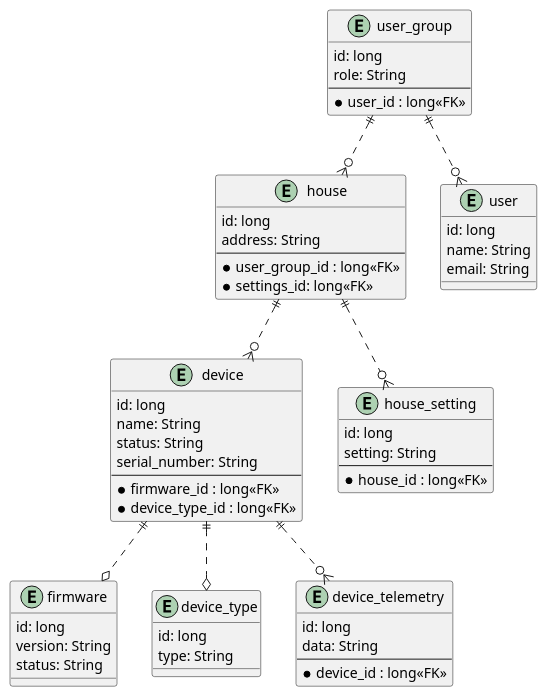
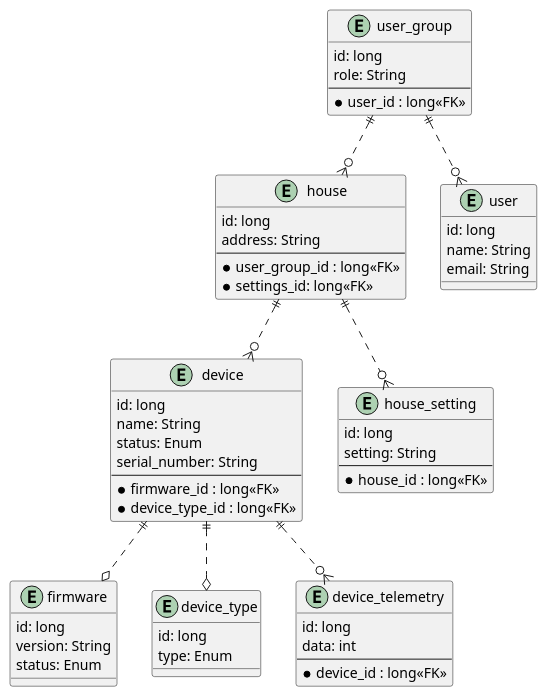
One commit to gushinyakov/architecture-sprint-3 changed the diagram in docs/diagram/er.puml. Above: the diagram before and after it, drawn with PlantUML. The commit also changed 4 other files, not shown here.

Commit message:
Исправил замечания по схемам

```diff
--- a/docs/diagram/er.puml
+++ b/docs/diagram/er.puml
@@ -1,82 +1,82 @@
 @startuml
 
 entity firmware {
     id: long
     version: String
     ' Ready_to_release | Release | Develop
-    status: String
+    status: Enum
 }
 
 entity device_type {
     id: long
     ' electricity_lamp | temperature | ....
-    type: String
+    type: Enum
 }
 
 entity device_telemetry {
     id: long
-    data: String
+    data: int
     --
     *device_id : long<<FK>>
 }
 
 entity device {
     id: long
     name: String
-    status: String
+    status: Enum
     serial_number: String
     --
     *firmware_id : long<<FK>>
     *device_type_id : long<<FK>>
 }
 
 entity house {
     id: long
     address: String
     --
     *user_group_id : long<<FK>>
     *settings_id: long<<FK>>
 }
 
 entity house_setting {
     id: long
     ' Поддержание температуры на определенном уровне и пр
     setting: String
     --
     *house_id : long<<FK>>
 }
 
 
 entity user {
     id: long
     name: String
     email: String
 }
 
 entity user_group {
     id: long
     role: String
     --
     *user_id : long<<FK>> 
 }
 
 
 ' user 
 
 user_group ||..o{ user
 user_group ||..o{ house
 
 ' house
 house ||..o{ house_setting
 house ||..o{ device
 
 ' device
 device ||..o{ device_telemetry
 device ||..o device_type
 device ||..o firmware
 
 
 
 
 
 @enduml
```
